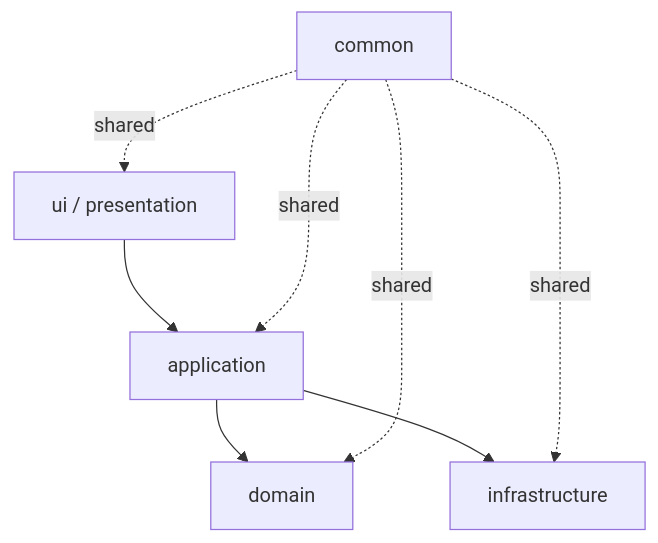
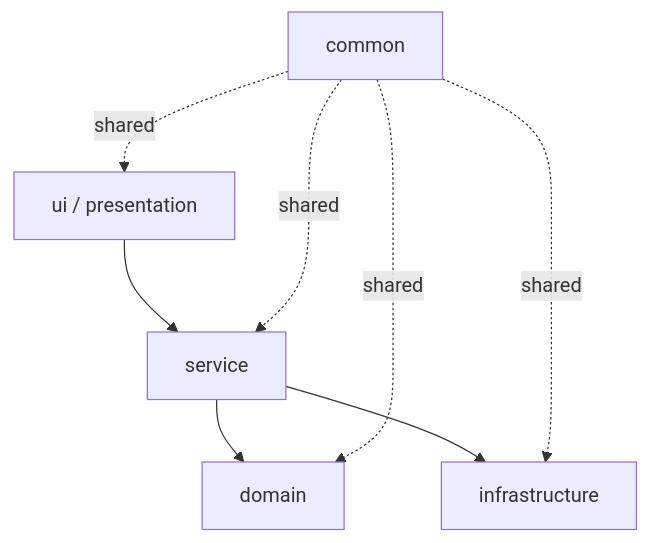
Before and after one commit to s382-ui/OoseTeam2: the diagram in program/docs/core-architecture.md, drawn with Mermaid. The commit also changed other lines of this file and 32 other files, not shown here.

````diff
--- a/program/docs/core-architecture.md
+++ b/program/docs/core-architecture.md
@@ -22,16 +22,16 @@
 ```mermaid
 flowchart TB
     UI[ui / presentation]
-    APP[application]
+    APP[service]
     DOM[domain]
     INFRA[infrastructure]
     COMMON[common]
 
     UI --> APP
     APP --> DOM
     APP --> INFRA
     COMMON -. shared .-> UI
     COMMON -. shared .-> APP
     COMMON -. shared .-> DOM
     COMMON -. shared .-> INFRA
 ```
````
